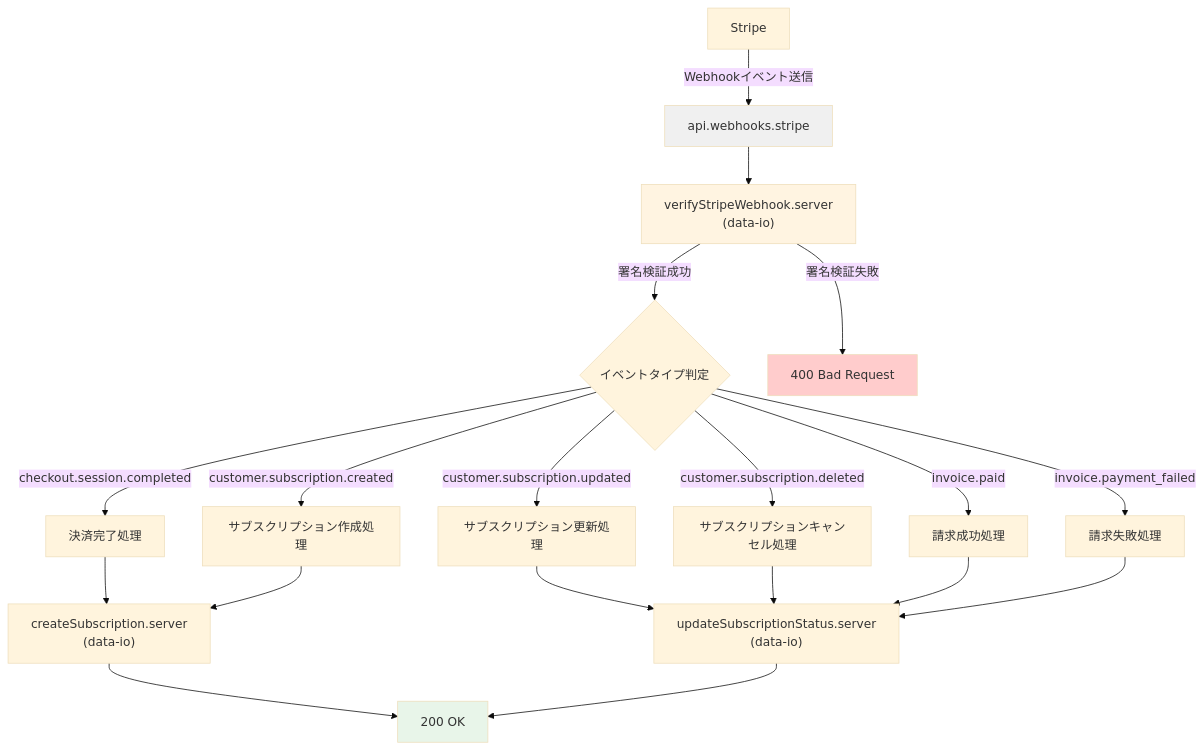
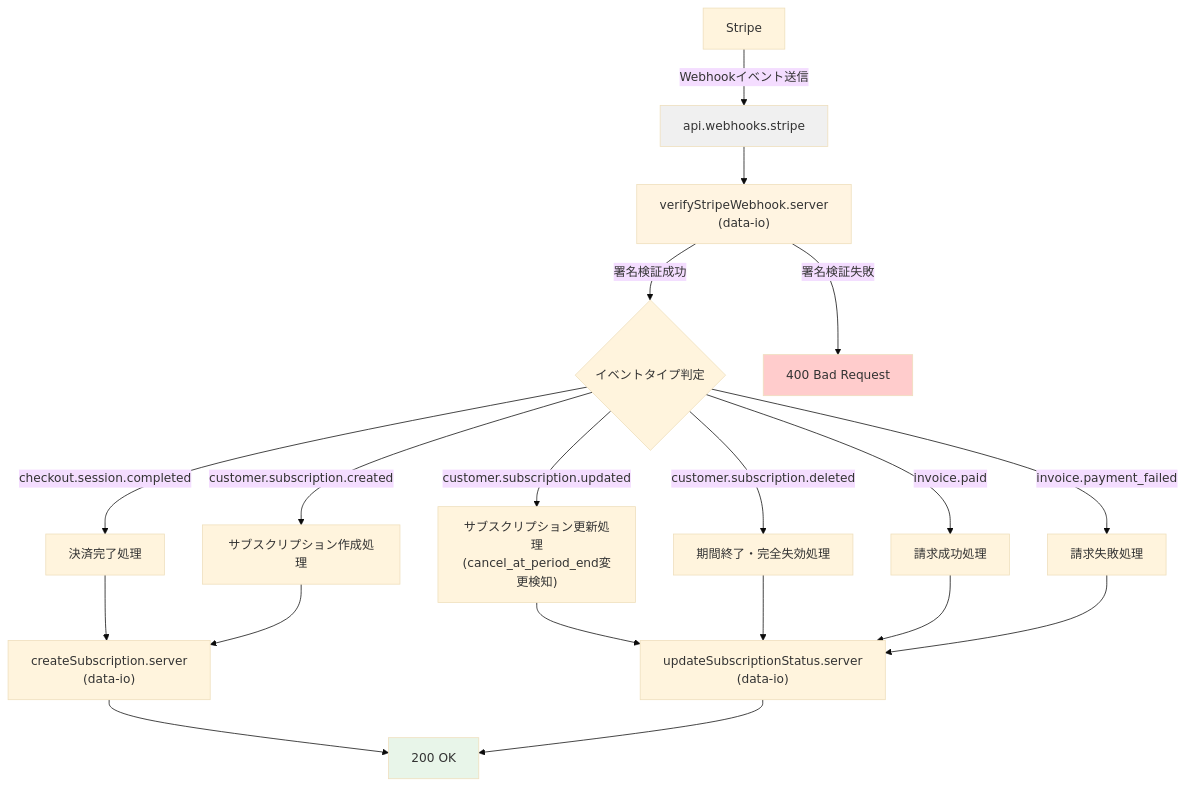
One commit to tezuka-Akihiro/ClaudeMix changed the fourth of 19 diagrams in develop/account/subscription/data-flow-diagram.md. Above: the diagram before and after it, drawn with Mermaid (base theme). The commit also changed other lines of this file and 2 other files, not shown here.

First line of the commit message:
Fix critical data flow issues based on Gemini review

````diff
--- a/develop/account/subscription/data-flow-diagram.md
+++ b/develop/account/subscription/data-flow-diagram.md
@@ -91,30 +114,30 @@
 ```mermaid
 graph TD
     Stripe["Stripe"] -- "Webhookイベント送信" --> Endpoint["api.webhooks.stripe"]
 
     Endpoint --> Verify["verifyStripeWebhook.server<br/>(data-io)"]
     Verify -- "署名検証成功" --> TypeCheck{"イベントタイプ判定"}
     Verify -- "署名検証失敗" --> Error400["400 Bad Request"]
 
     TypeCheck -- "checkout.session.completed" --> HandleCheckout["決済完了処理"]
     TypeCheck -- "customer.subscription.created" --> HandleCreated["サブスクリプション作成処理"]
-    TypeCheck -- "customer.subscription.updated" --> HandleUpdated["サブスクリプション更新処理"]
-    TypeCheck -- "customer.subscription.deleted" --> HandleDeleted["サブスクリプションキャンセル処理"]
+    TypeCheck -- "customer.subscription.updated" --> HandleUpdated["サブスクリプション更新処理<br/>(cancel_at_period_end変更検知)"]
+    TypeCheck -- "customer.subscription.deleted" --> HandleDeleted["期間終了・完全失効処理"]
     TypeCheck -- "invoice.paid" --> HandlePaid["請求成功処理"]
     TypeCheck -- "invoice.payment_failed" --> HandleFailed["請求失敗処理"]
 
     HandleCheckout --> CreateSub["createSubscription.server<br/>(data-io)"]
     HandleCreated --> CreateSub
     HandleUpdated --> UpdateSub["updateSubscriptionStatus.server<br/>(data-io)"]
     HandleDeleted --> UpdateSub
     HandlePaid --> UpdateSub
     HandleFailed --> UpdateSub
 
     CreateSub --> Success200["200 OK"]
     UpdateSub --> Success200
 
     style Endpoint fill:#f0f0f0
     style Verify fill:#fff4e1
     style Success200 fill:#e8f5e9
     style Error400 fill:#ffcccc
 ```
````
